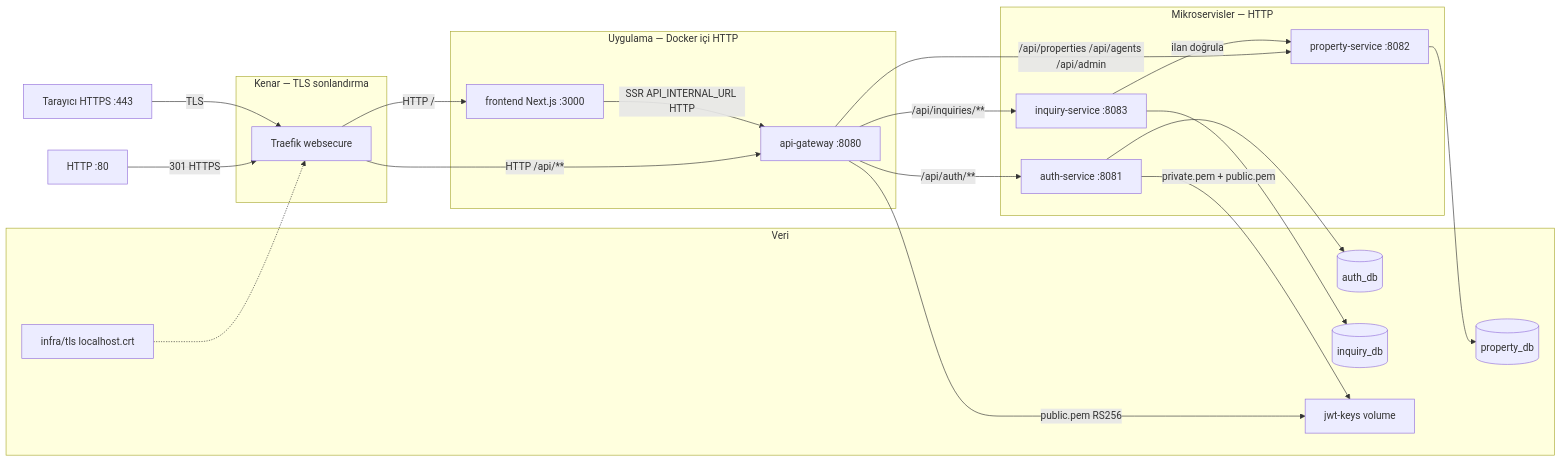
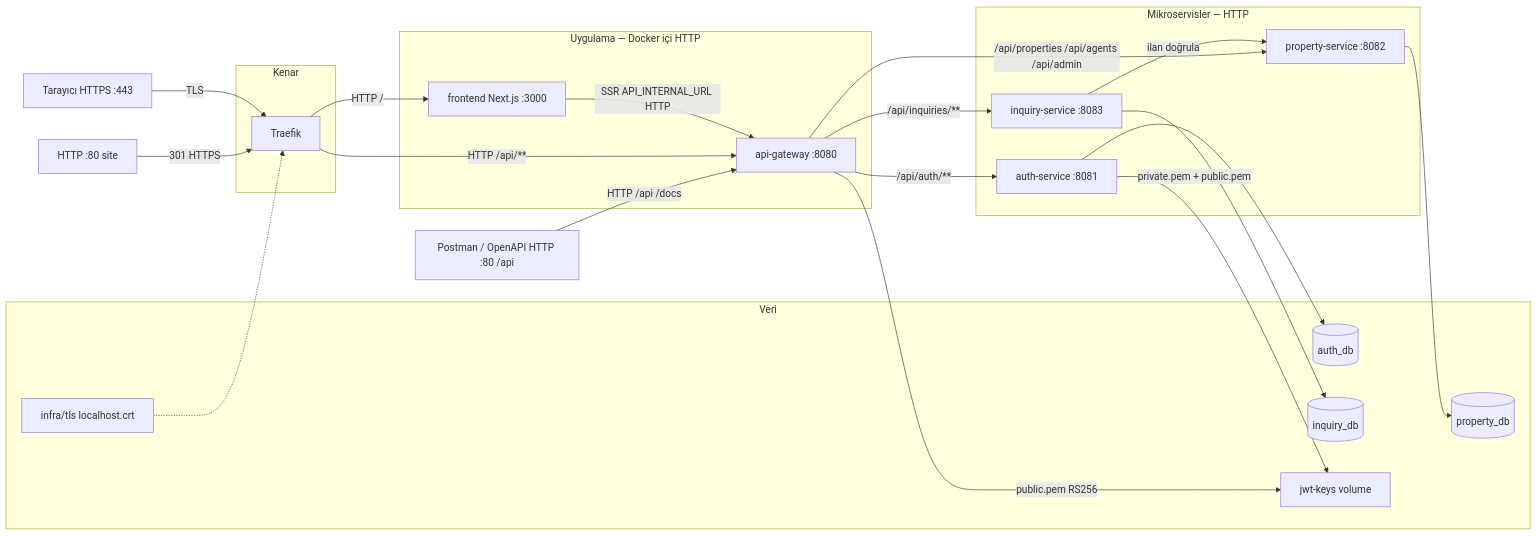
One commit to mrfatihgul/Avelrune changed the diagram in docs/diagrams/architecture.mmd. Above: the diagram before and after it, drawn with Mermaid. The commit also changed 43 other files, not shown here.

```diff
--- a/docs/diagrams/architecture.mmd
+++ b/docs/diagrams/architecture.mmd
@@ -1,45 +1,47 @@
 flowchart LR
   browser["Tarayıcı HTTPS :443"]
-  httpIn["HTTP :80"]
+  httpSite["HTTP :80 site"]
+  postman["Postman / OpenAPI HTTP :80 /api"]
 
-  subgraph edge [Kenar — TLS sonlandırma]
-    traefik["Traefik websecure"]
+  subgraph edge [Kenar]
+    traefik["Traefik"]
   end
 
   subgraph apps [Uygulama — Docker içi HTTP]
     frontend["frontend Next.js :3000"]
     gateway["api-gateway :8080"]
   end
 
   subgraph services [Mikroservisler — HTTP]
     auth["auth-service :8081"]
     property["property-service :8082"]
     inquiry["inquiry-service :8083"]
   end
 
   subgraph data [Veri]
     authDb[(auth_db)]
     propertyDb[(property_db)]
     inquiryDb[(inquiry_db)]
     keys[jwt-keys volume]
     certs["infra/tls localhost.crt"]
   end
 
-  httpIn -->|"301 HTTPS"| traefik
+  httpSite -->|"301 HTTPS"| traefik
   browser -->|"TLS"| traefik
   certs -.-> traefik
+  postman -->|"HTTP /api /docs"| gateway
   traefik -->|"HTTP /"| frontend
   traefik -->|"HTTP /api/**"| gateway
 
   frontend -->|"SSR API_INTERNAL_URL HTTP"| gateway
 
   gateway -->|"/api/auth/**"| auth
   gateway -->|"/api/properties /api/agents /api/admin"| property
   gateway -->|"/api/inquiries/**"| inquiry
 
   auth --> authDb
   auth -->|"private.pem + public.pem"| keys
   property --> propertyDb
   inquiry --> inquiryDb
   inquiry -->|"ilan doğrula"| property
   gateway -->|"public.pem RS256"| keys
```
